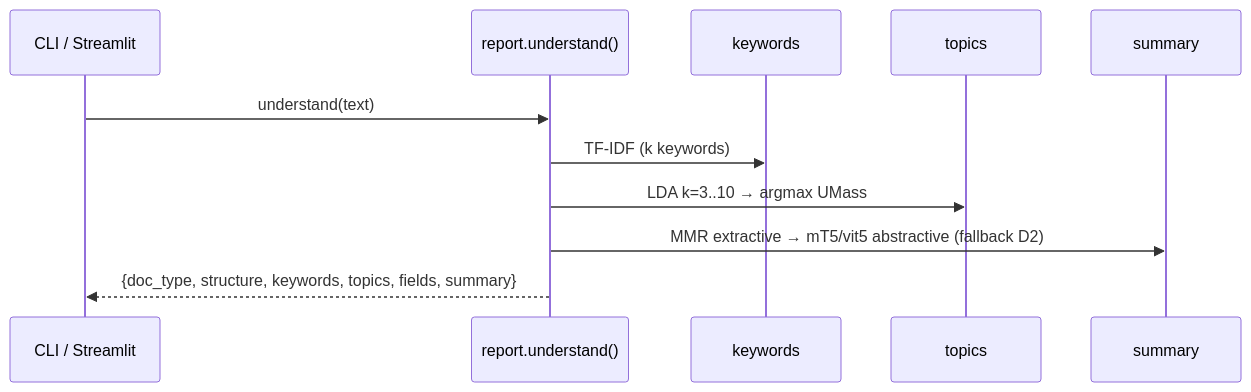
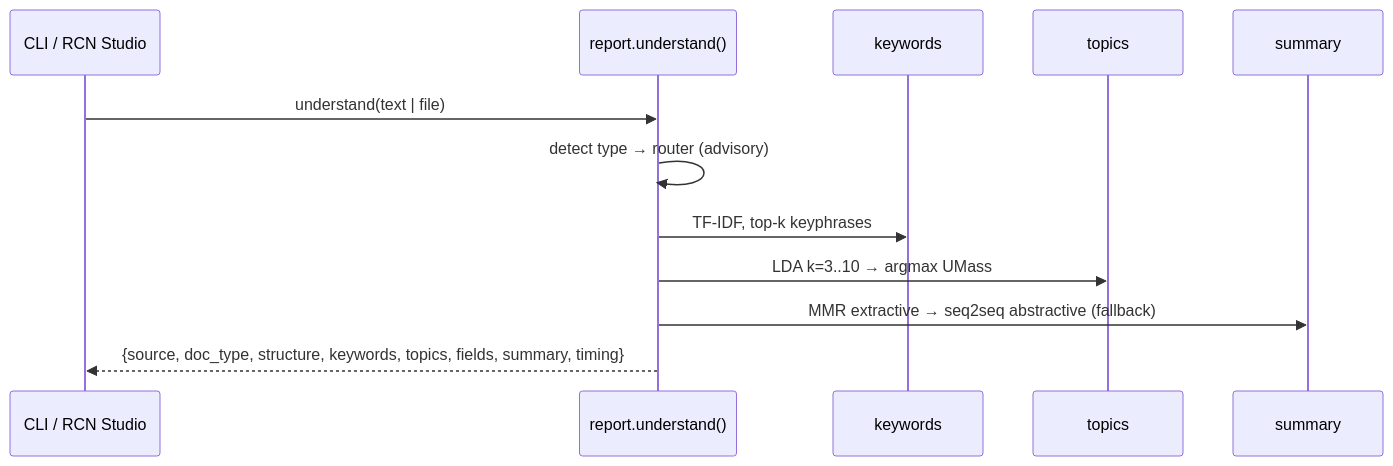
Before and after one commit to Aidesx/RCN: the second of 2 diagrams in ARCHITECTURE.md, drawn with Mermaid. The commit also changed other lines of this file and 4 other files, not shown here.

````diff
--- a/ARCHITECTURE.md
+++ b/ARCHITECTURE.md
@@ -50,13 +55,14 @@
 ```mermaid
 sequenceDiagram
-    participant U as CLI / Streamlit
+    participant U as CLI / RCN Studio
     participant R as report.understand()
     participant K as keywords
     participant T as topics
     participant S as summary
-    U->>R: understand(text)
-    R->>K: TF-IDF (k keywords)
+    U->>R: understand(text | file)
+    R->>R: detect type → router (advisory)
+    R->>K: TF-IDF, top-k keyphrases
     R->>T: LDA k=3..10 → argmax UMass
-    R->>S: MMR extractive → mT5/vit5 abstractive (fallback D2)
-    R-->>U: {doc_type, structure, keywords, topics, fields, summary}
+    R->>S: MMR extractive → seq2seq abstractive (fallback)
+    R-->>U: {source, doc_type, structure, keywords, topics, fields, summary, timing}
 ```
````
